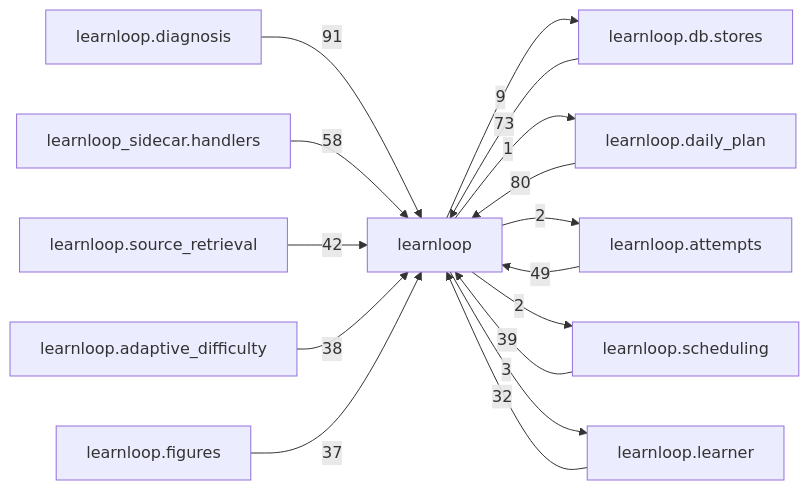
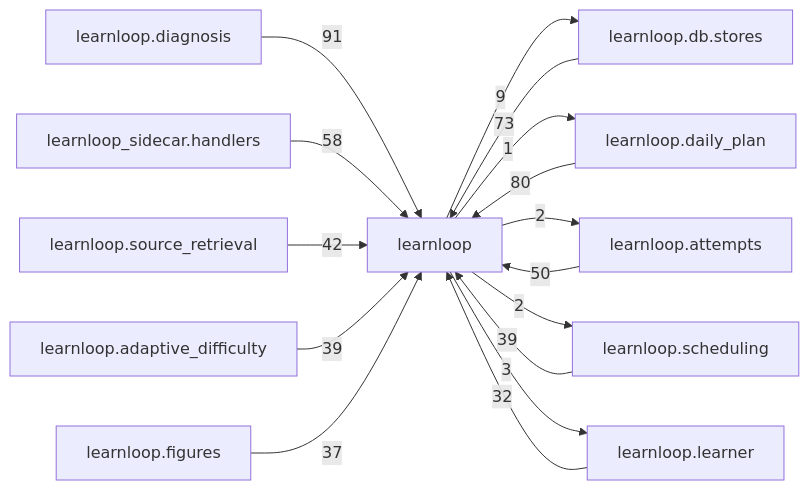
The diagram in docs/learnloop-architecture-vault/Reference/Modules/learnloop/_package.md (6up-b/learnanything), drawn with Mermaid before and after one commit. The commit also changed other lines of this file and 37 other files, not shown here.

````diff
--- a/docs/learnloop-architecture-vault/Reference/Modules/learnloop/_package.md
+++ b/docs/learnloop-architecture-vault/Reference/Modules/learnloop/_package.md
@@ -275,29 +275,29 @@
 ```mermaid
 flowchart LR
     center["learnloop"]
     n_learnloop_diagnosis["learnloop.diagnosis"]
     n_learnloop_db_stores["learnloop.db.stores"]
     n_learnloop_daily_plan["learnloop.daily_plan"]
     n_learnloop_sidecar_handlers["learnloop_sidecar.handlers"]
     n_learnloop_attempts["learnloop.attempts"]
     n_learnloop_source_retrieval["learnloop.source_retrieval"]
     n_learnloop_scheduling["learnloop.scheduling"]
     n_learnloop_adaptive_difficulty["learnloop.adaptive_difficulty"]
     n_learnloop_figures["learnloop.figures"]
     n_learnloop_learner["learnloop.learner"]
     n_learnloop_diagnosis -->|91| center
     n_learnloop_db_stores -->|73| center
     center -->|9| n_learnloop_db_stores
     n_learnloop_daily_plan -->|80| center
     center -->|1| n_learnloop_daily_plan
     n_learnloop_sidecar_handlers -->|58| center
-    n_learnloop_attempts -->|49| center
+    n_learnloop_attempts -->|50| center
     center -->|2| n_learnloop_attempts
     n_learnloop_source_retrieval -->|42| center
     n_learnloop_scheduling -->|39| center
     center -->|2| n_learnloop_scheduling
-    n_learnloop_adaptive_difficulty -->|38| center
+    n_learnloop_adaptive_difficulty -->|39| center
     n_learnloop_figures -->|37| center
     n_learnloop_learner -->|32| center
     center -->|3| n_learnloop_learner
 ```
````
